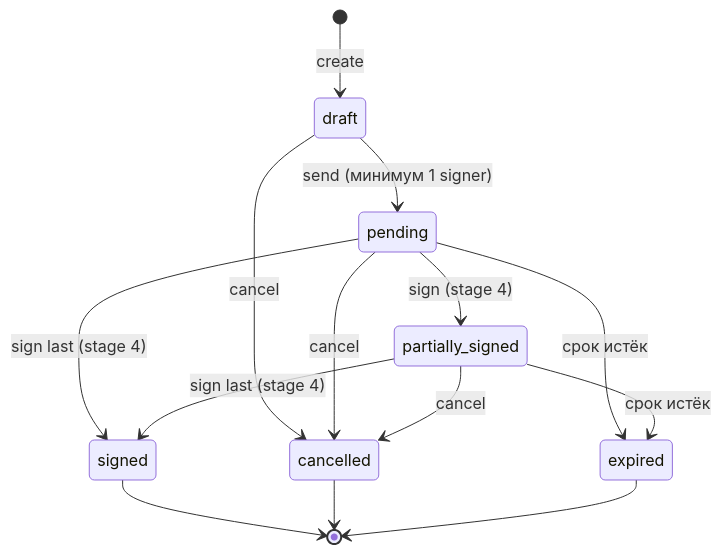
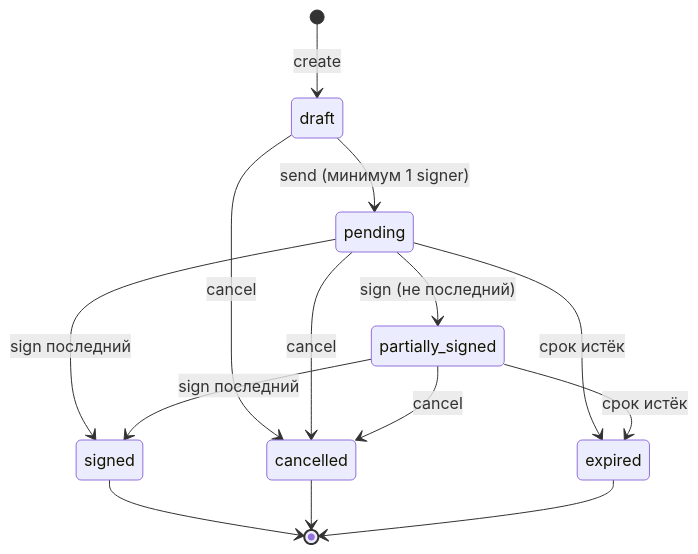
One commit to azaikina568/docsign-hub changed the second of 7 diagrams in docs/diagrams.md. Above: the diagram before and after it, drawn with Mermaid. The commit also changed other lines of this file and 24 other files, not shown here.

````diff
--- a/docs/diagrams.md
+++ b/docs/diagrams.md
@@ -91,16 +91,16 @@
 ```mermaid
 stateDiagram-v2
     [*] --> draft : create
     draft --> pending : send (минимум 1 signer)
     draft --> cancelled : cancel
-    pending --> partially_signed : sign (stage 4)
-    pending --> signed : sign last (stage 4)
+    pending --> partially_signed : sign (не последний)
+    pending --> signed : sign последний
     pending --> cancelled : cancel
     pending --> expired : срок истёк
-    partially_signed --> signed : sign last (stage 4)
+    partially_signed --> signed : sign последний
     partially_signed --> cancelled : cancel
     partially_signed --> expired : срок истёк
     signed --> [*]
     cancelled --> [*]
     expired --> [*]
 ```
````
